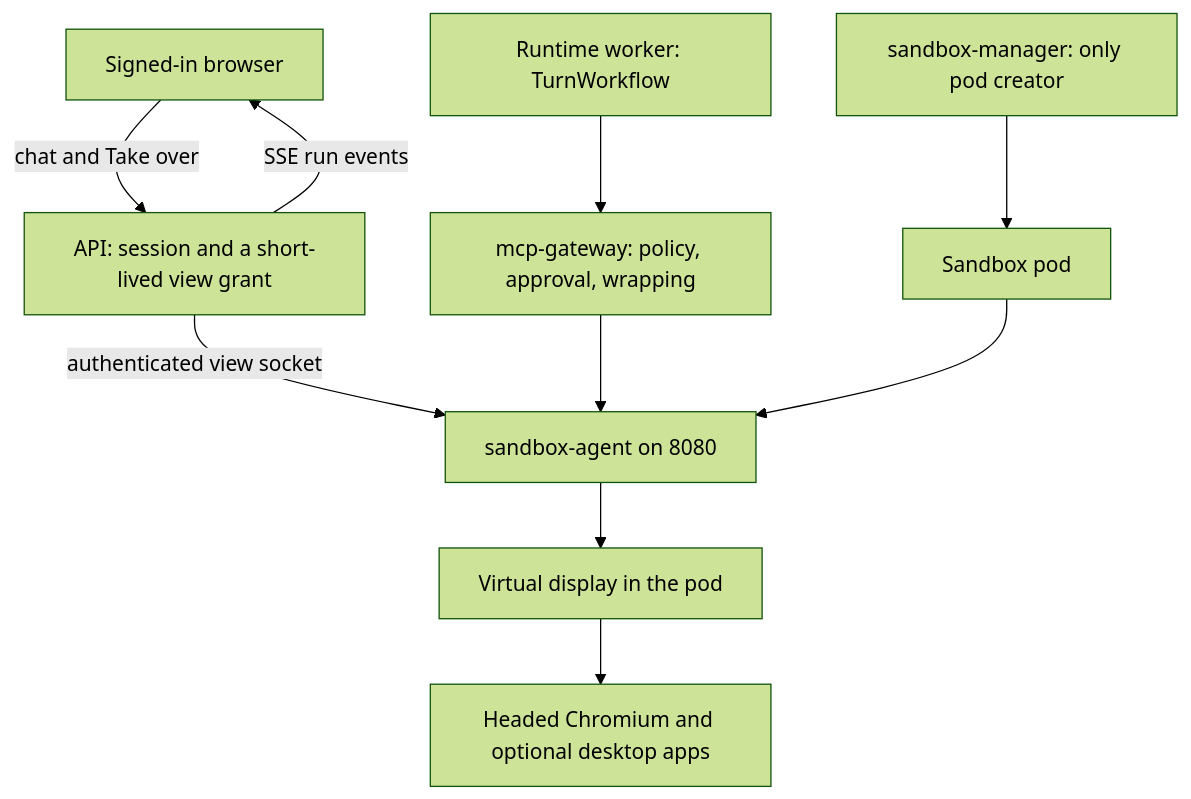
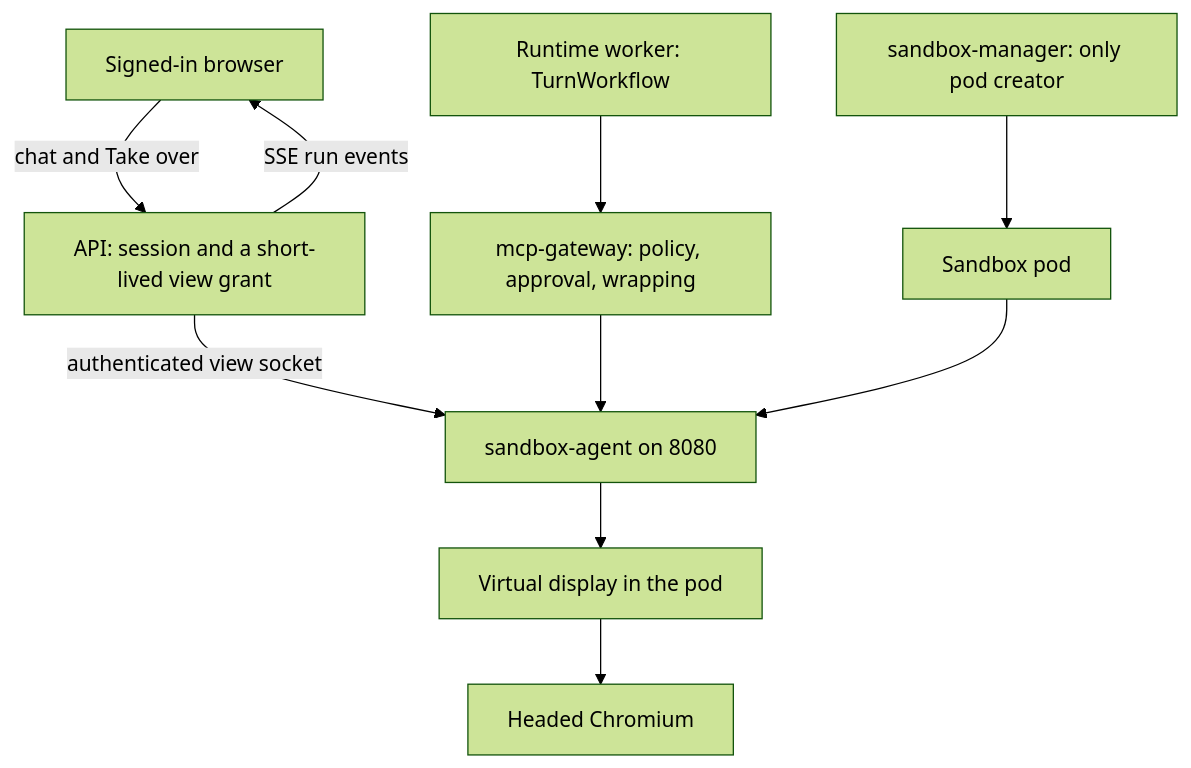
Before and after one commit to vundavallibalakrishna/agentic-runtime: the diagram in docs/09-plan/next-milestones/01-agent-computer.md, drawn with Mermaid (forest theme). The commit also changed other lines of this file and 4 other files, not shown here.

````diff
--- a/docs/09-plan/next-milestones/01-agent-computer.md
+++ b/docs/09-plan/next-milestones/01-agent-computer.md
@@ -33,18 +33,18 @@
 ```mermaid
 flowchart TB
   user[Signed-in browser]
   api[API: session and a short-lived view grant]
   rt[Runtime worker: TurnWorkflow]
   gw[mcp-gateway: policy, approval, wrapping]
   mgr[sandbox-manager: only pod creator]
   pod[Sandbox pod]
   agent[sandbox-agent on 8080]
   display[Virtual display in the pod]
-  chrome[Headed Chromium and optional desktop apps]
+  chrome[Headed Chromium]
   user -->|chat and Take over| api
   api -->|SSE run events| user
   api -->|authenticated view socket| agent
   rt --> gw --> agent
   mgr --> pod --> agent
   agent --> display --> chrome
 ```
````
